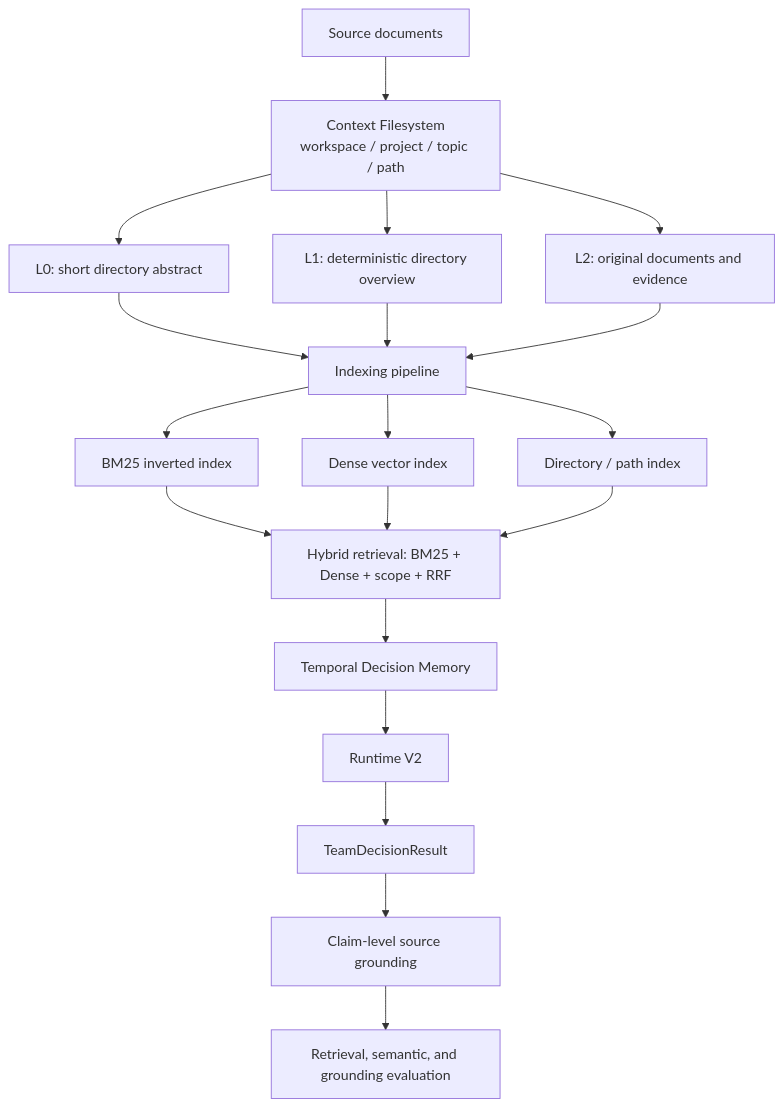
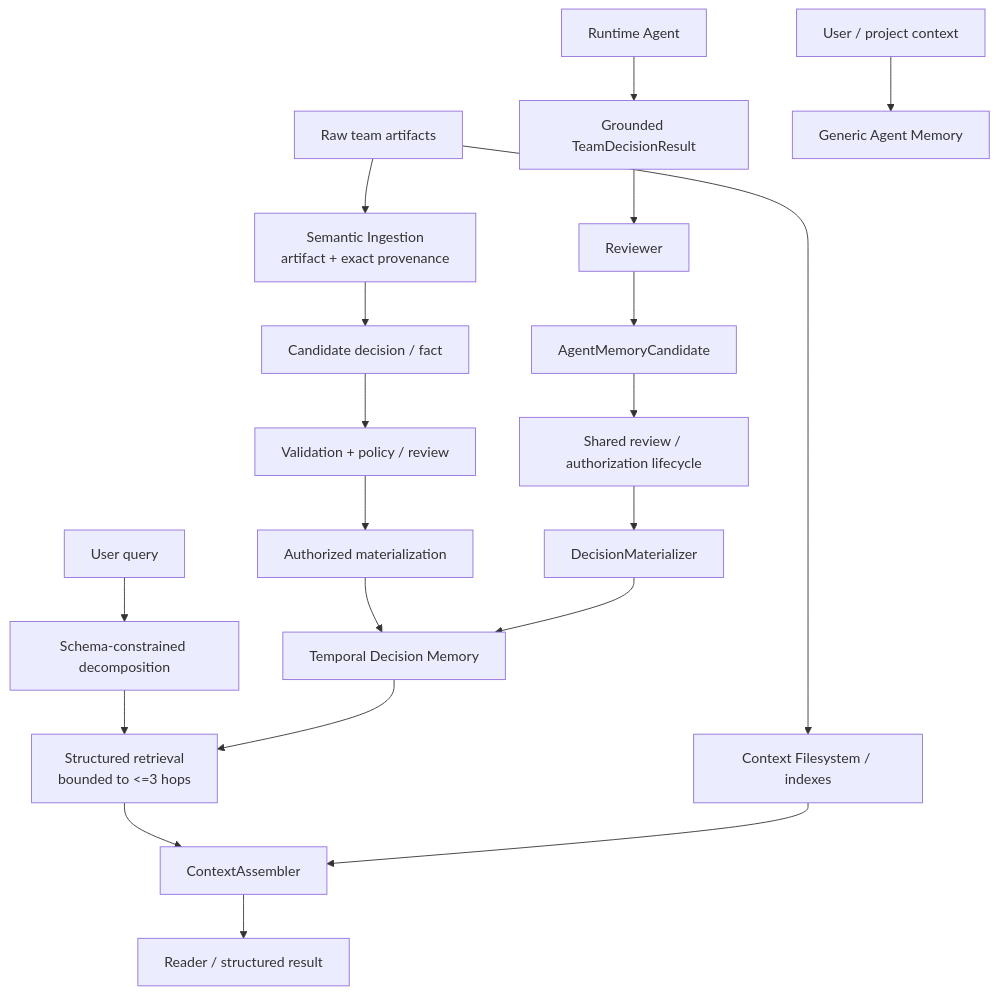
The diagram in README.md (yefuyou/linkloom), drawn with Mermaid before and after one commit. The commit also changed other lines of this file and 9 other files, not shown here.

Commit message:
docs: finalize LinkLoom V1 contract and roadmap

````diff
--- a/README.md
+++ b/README.md
@@ -59,21 +69,22 @@
 ```mermaid
 flowchart TD
-    S[Source documents] --> FS[Context Filesystem<br/>workspace / project / topic / path]
-    FS --> L0[L0: short directory abstract]
-    FS --> L1[L1: deterministic directory overview]
-    FS --> L2[L2: original documents and evidence]
-    L0 --> IDX[Indexing pipeline]
-    L1 --> IDX
-    L2 --> IDX
-    IDX --> B[BM25 inverted index]
-    IDX --> V[Dense vector index]
-    IDX --> D[Directory / path index]
-    B --> H[Hybrid retrieval: BM25 + Dense + scope + RRF]
-    V --> H
-    D --> H
-    H --> M[Temporal Decision Memory]
-    M --> R[Runtime V2]
-    R --> T[TeamDecisionResult]
-    T --> G[Claim-level source grounding]
-    G --> E[Retrieval, semantic, and grounding evaluation]
+    A[Raw team artifacts] --> SI[Semantic Ingestion<br/>artifact + exact provenance]
+    SI --> C[Candidate decision / fact]
+    C --> P[Validation + policy / review]
+    P --> W[Authorized materialization]
+    W --> M[Temporal Decision Memory]
+    RA[Runtime Agent] --> TD[Grounded TeamDecisionResult]
+    TD --> REV[Reviewer]
+    REV --> MC[AgentMemoryCandidate]
+    MC --> AUTH[Shared review / authorization lifecycle]
+    AUTH --> MAT[DecisionMaterializer]
+    MAT --> M
+    GC[User / project context] --> GM[Generic Agent Memory]
+    Q[User query] --> D[Schema-constrained decomposition]
+    D --> R[Structured retrieval<br/>bounded to <=3 hops]
+    M --> R
+    R --> CA[ContextAssembler]
+    CA --> RE[Reader / structured result]
+    A --> FS[Context Filesystem / indexes]
+    FS --> CA
 ```
````
